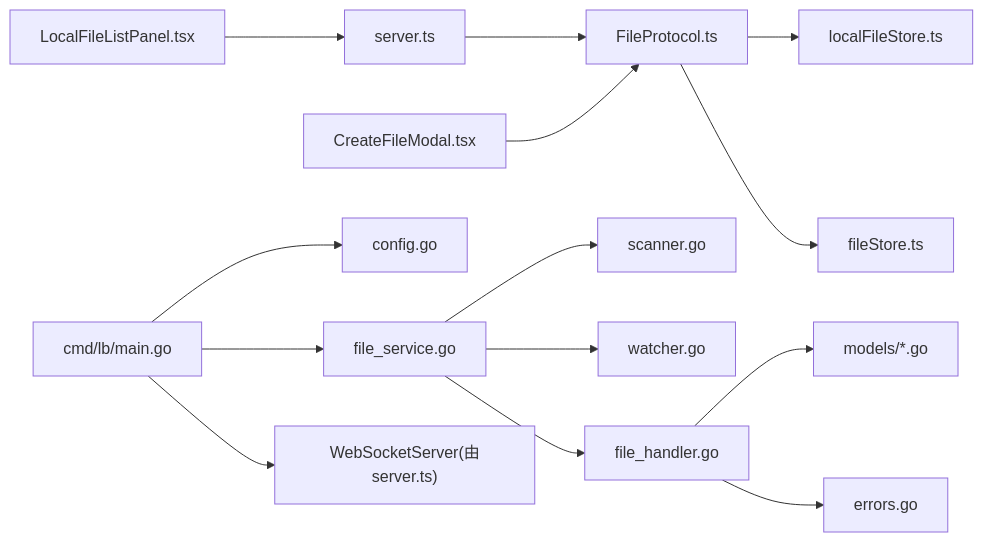
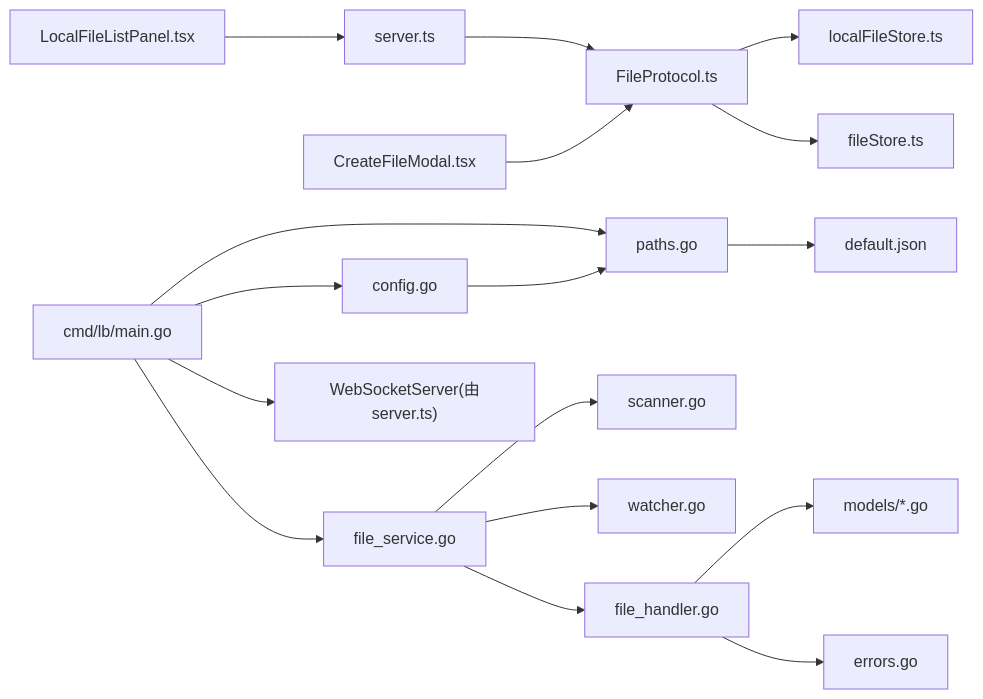
One commit to kqcoxn/MaaPipelineEditor changed the third of 3 diagrams in .qoder/repowiki/zh/content/核心概念/本地文件管理.md. Above: the diagram before and after it, drawn with Mermaid. The commit also changed other lines of this file and 8 other files, not shown here.

````diff
--- a/.qoder/repowiki/zh/content/核心概念/本地文件管理.md
+++ b/.qoder/repowiki/zh/content/核心概念/本地文件管理.md
@@ -343,16 +393,19 @@
 ```mermaid
 graph LR
 FE_Server["server.ts"] --> FE_Protocol["FileProtocol.ts"]
 FE_Protocol --> FE_LocalStore["localFileStore.ts"]
 FE_Protocol --> FE_FileStore["fileStore.ts"]
 FE_ListPanel["LocalFileListPanel.tsx"] --> FE_Server
 FE_CreateModal["CreateFileModal.tsx"] --> FE_Protocol
 LB_Main["cmd/lb/main.go"] --> LB_Config["config.go"]
+LB_Main --> LB_Paths["paths.go"]
 LB_Main --> LB_FileSvc["file_service.go"]
 LB_Main --> LB_WS["WebSocketServer(由server.ts)"]
+LB_Paths --> LB_DefaultConfig["default.json"]
+LB_Config --> LB_Paths
 LB_FileSvc --> LB_Scanner["scanner.go"]
 LB_FileSvc --> LB_Watcher["watcher.go"]
 LB_FileSvc --> LB_Handler["file_handler.go"]
 LB_Handler --> LB_Models["models/*.go"]
 LB_Handler --> LB_Errors["errors.go"]
 ```
````
